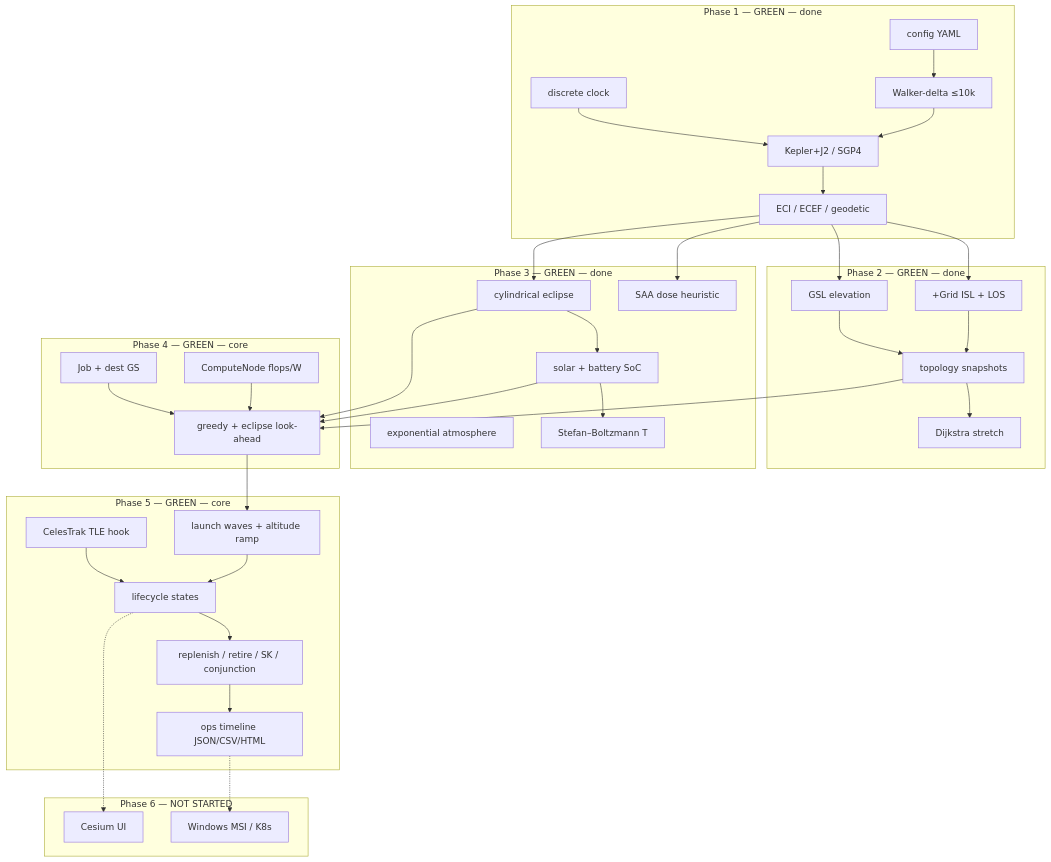
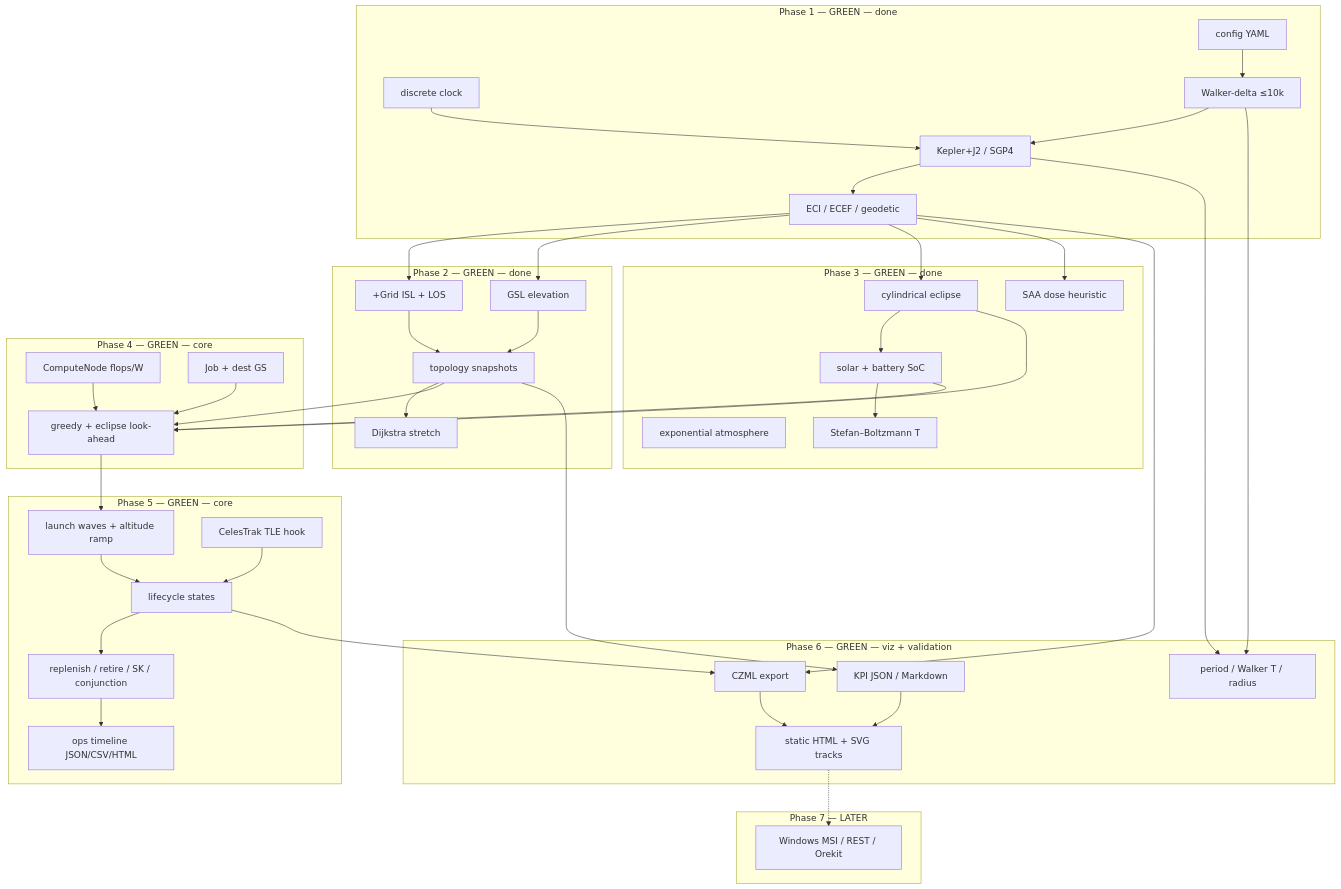
The diagram in docs/ARCHITECTURE.md (XuqiangL/scs-sim), drawn with Mermaid before and after one commit. The commit also changed other lines of this file and 26 other files, not shown here.

First line of the commit message:
Phase 6: CZML export, offline tracks, KPI dashboard, validation.

````diff
--- a/docs/ARCHITECTURE.md
+++ b/docs/ARCHITECTURE.md
@@ -13,64 +13,76 @@
 ```mermaid
 flowchart TB
     subgraph P1["Phase 1 — GREEN — done"]
         CFG["config YAML"]
         CLK["discrete clock"]
         WAL["Walker-delta ≤10k"]
         ORB["Kepler+J2 / SGP4"]
         FRM["ECI / ECEF / geodetic"]
     end
 
     subgraph P2["Phase 2 — GREEN — done"]
         ISL["+Grid ISL + LOS"]
         GSL["GSL elevation"]
         TOP["topology snapshots"]
         RTE["Dijkstra stretch"]
     end
 
     subgraph P3["Phase 3 — GREEN — done"]
         ECL["cylindrical eclipse"]
         ATM["exponential atmosphere"]
         PWR["solar + battery SoC"]
         THM["Stefan–Boltzmann T"]
         RAD["SAA dose heuristic"]
     end
 
     subgraph P4["Phase 4 — GREEN — core"]
         NOD["ComputeNode flops/W"]
         JOB["Job + dest GS"]
         SCH["greedy + eclipse look-ahead"]
     end
 
     subgraph P5["Phase 5 — GREEN — core"]
         WAV["launch waves + altitude ramp"]
         LIF["lifecycle states"]
         ACT["replenish / retire / SK / conjunction"]
         TLE["CelesTrak TLE hook"]
         TIM["ops timeline JSON/CSV/HTML"]
     end
 
-    subgraph P6["Phase 6 — NOT STARTED"]
-        UI["Cesium UI"]
-        MSI["Windows MSI / K8s"]
+    subgraph P6["Phase 6 — GREEN — viz + validation"]
+        CZML["CZML export"]
+        HTML["static HTML + SVG tracks"]
+        KPI["KPI JSON / Markdown"]
+        VAL["period / Walker T / radius"]
+    end
+
+    subgraph P7["Phase 7 — LATER"]
+        MSI["Windows MSI / REST / Orekit"]
     end
 
     CFG --> WAL --> ORB --> FRM
     CLK --> ORB
     FRM --> ISL --> TOP
     FRM --> GSL --> TOP
     TOP --> RTE
     FRM --> ECL --> PWR
     PWR --> THM
     FRM --> RAD
     PWR --> SCH
     ECL --> SCH
     TOP --> SCH
     NOD --> SCH
     JOB --> SCH
     SCH --> WAV
     WAV --> LIF --> ACT
     TLE --> LIF
     ACT --> TIM
-    LIF -.-> UI
-    TIM -.-> MSI
+    LIF --> CZML
+    FRM --> CZML
+    TOP --> KPI
+    CZML --> HTML
+    KPI --> HTML
+    ORB --> VAL
+    WAL --> VAL
+    HTML -.-> MSI
 ```
````
